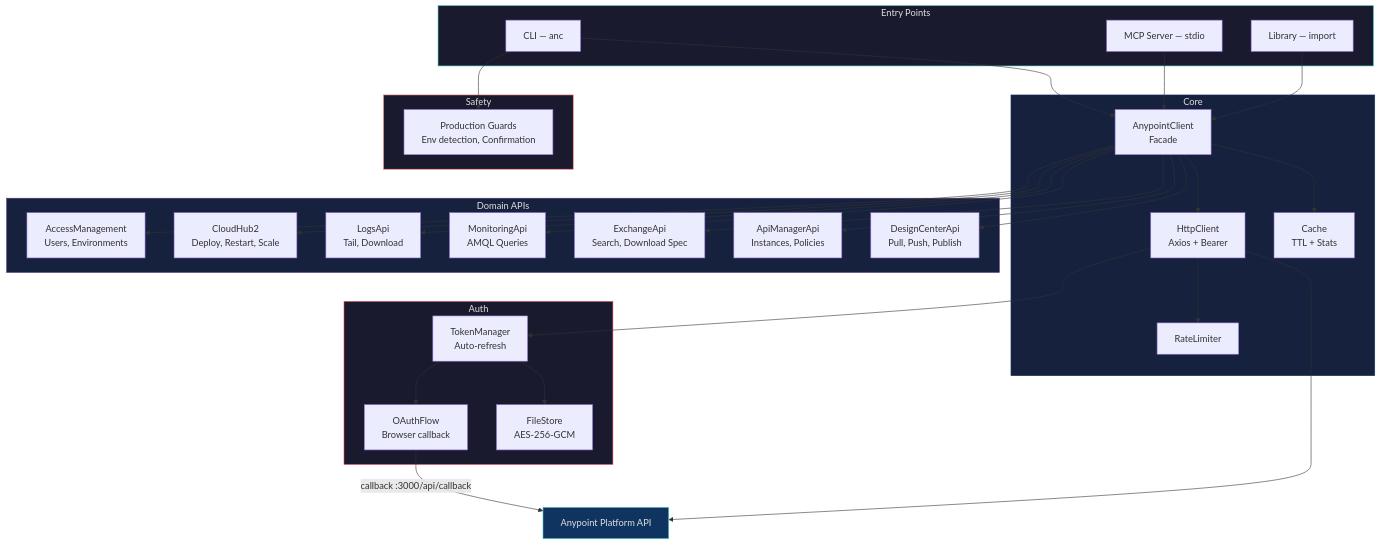
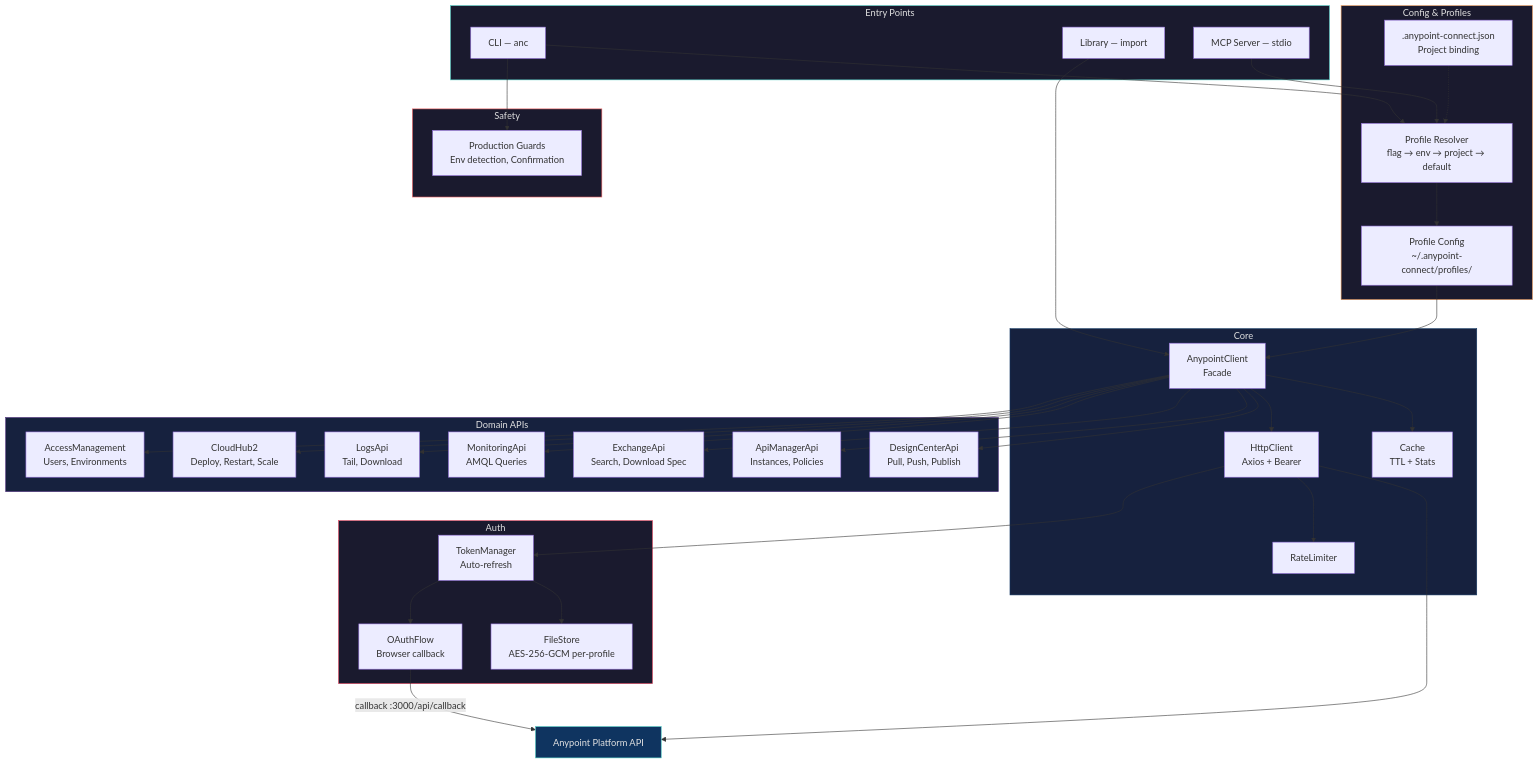
Before and after one commit to Avinava/anypoint-connect: the diagram in README.md, drawn with Mermaid. The commit also changed other lines of this file and 12 other files, not shown here.

First line of the commit message:
feat: multi-project profile-based authentication

````diff
--- a/README.md
+++ b/README.md
@@ -20,63 +20,73 @@
 ```mermaid
 graph TB
     subgraph Entry["Entry Points"]
         CLI["CLI — anc"]
         MCP["MCP Server — stdio"]
         LIB["Library — import"]
+    end
+
+    subgraph Config["Config & Profiles"]
+        PR["Profile Resolver<br/>flag → env → project → default"]
+        PC[".anypoint-connect.json<br/>Project binding"]
+        CFG["Profile Config<br/>~/.anypoint-connect/profiles/"]
     end
 
     subgraph Core["Core"]
         AC["AnypointClient<br/>Facade"]
         HTTP["HttpClient<br/>Axios + Bearer"]
         RL["RateLimiter"]
         CACHE["Cache<br/>TTL + Stats"]
     end
 
     subgraph Auth["Auth"]
         TM["TokenManager<br/>Auto-refresh"]
         OAUTH["OAuthFlow<br/>Browser callback"]
-        FS["FileStore<br/>AES-256-GCM"]
+        FS["FileStore<br/>AES-256-GCM per-profile"]
     end
 
     subgraph APIs["Domain APIs"]
         AM["AccessManagement<br/>Users, Environments"]
         CH2["CloudHub2<br/>Deploy, Restart, Scale"]
         LOGS["LogsApi<br/>Tail, Download"]
         MON["MonitoringApi<br/>AMQL Queries"]
         EX["ExchangeApi<br/>Search, Download Spec"]
         APIM["ApiManagerApi<br/>Instances, Policies"]
         DC["DesignCenterApi<br/>Pull, Push, Publish"]
     end
 
     subgraph Safety["Safety"]
         GUARD["Production Guards<br/>Env detection, Confirmation"]
     end
 
-    CLI --> AC
-    MCP --> AC
+    CLI --> PR
+    MCP --> PR
     LIB --> AC
+    PC -.-> PR
+    PR --> CFG
+    CFG --> AC
     AC --> HTTP
     AC --> CACHE
     HTTP --> RL
     HTTP --> TM
     TM --> OAUTH
     TM --> FS
     AC --> AM
     AC --> CH2
     AC --> LOGS
     AC --> MON
     AC --> EX
     AC --> APIM
     AC --> DC
     CLI --> GUARD
 
     OAUTH -->|"callback :3000/api/callback"| AP["Anypoint Platform API"]
     HTTP --> AP
 
     style Entry fill:#1a1a2e,stroke:#4ecdc4,color:#e0e0e0
+    style Config fill:#1a1a2e,stroke:#f4a261,color:#e0e0e0
     style Core fill:#16213e,stroke:#0f3460,color:#e0e0e0
     style Auth fill:#1a1a2e,stroke:#e94560,color:#e0e0e0
     style APIs fill:#16213e,stroke:#533483,color:#e0e0e0
     style Safety fill:#1a1a2e,stroke:#ff6b6b,color:#e0e0e0
     style AP fill:#0f3460,stroke:#4ecdc4,color:#e0e0e0
 ```
````
